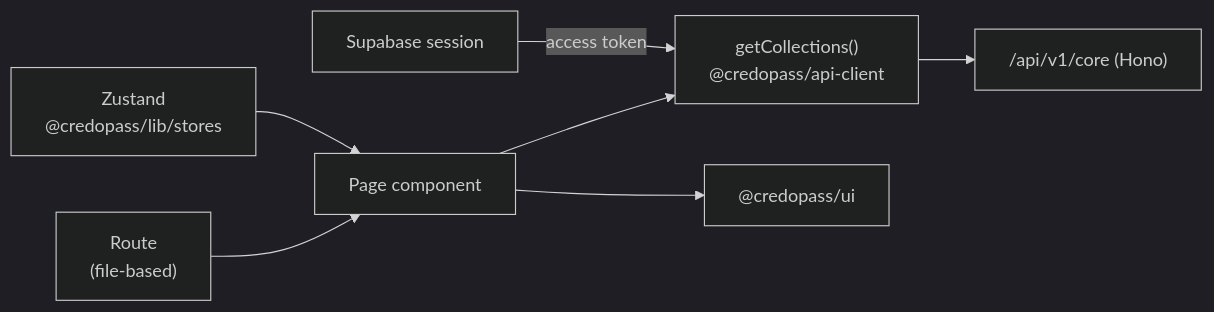
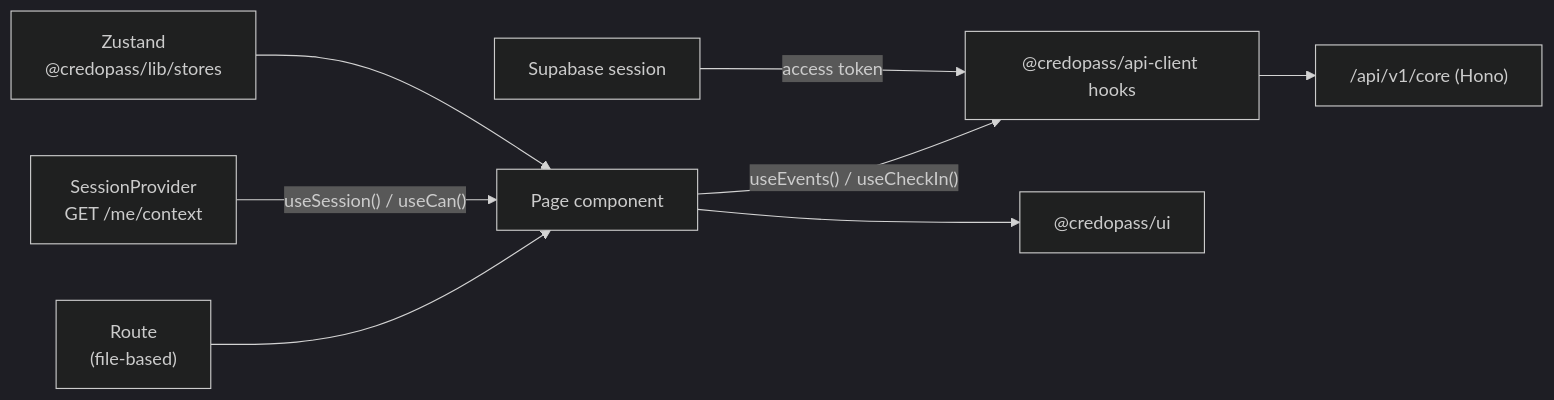
One commit to codewreaker/credopass changed the diagram in apps/web/README.md. Above: the diagram before and after it, drawn with Mermaid (dark theme). The commit also changed other lines of this file and 39 other files, not shown here.

````diff
--- a/apps/web/README.md
+++ b/apps/web/README.md
@@ -12,9 +15,10 @@
 ```mermaid
 flowchart LR
     R["Route<br/>(file-based)"] --> P["Page component"]
-    P --> Col["getCollections()<br/>@credopass/api-client"]
-    Col --> API["/api/v1/core (Hono)"]
+    P -->|"useEvents() / useCheckIn()"| H["@credopass/api-client hooks"]
+    H --> API["/api/v1/core (Hono)"]
     P --> UI["@credopass/ui"]
+    S["SessionProvider<br/>GET /me/context"] -->|"useSession() / useCan()"| P
     Store["Zustand<br/>@credopass/lib/stores"] --> P
-    SB["Supabase session"] -->|access token| Col
+    SB["Supabase session"] -->|access token| H
 ```
````
